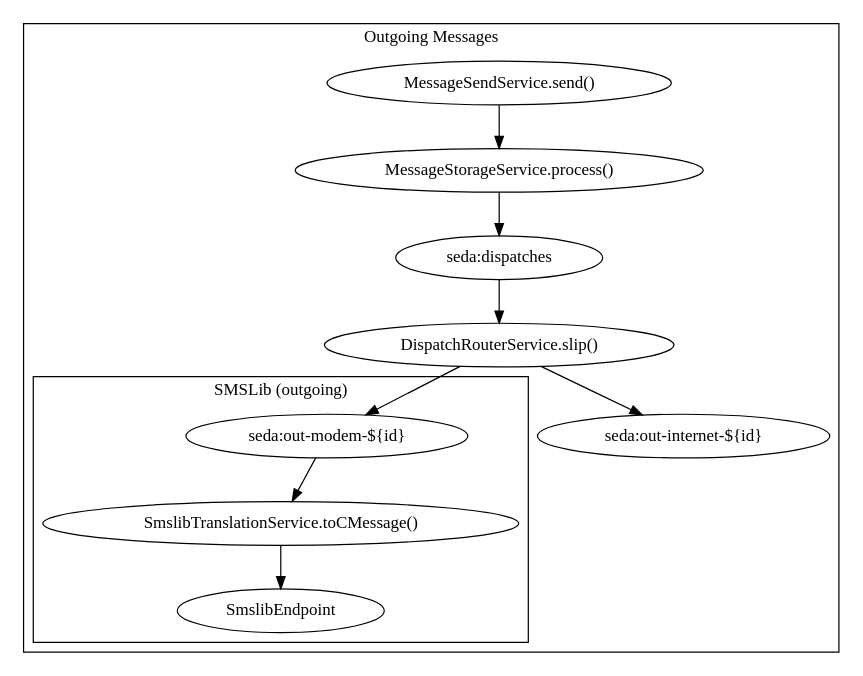
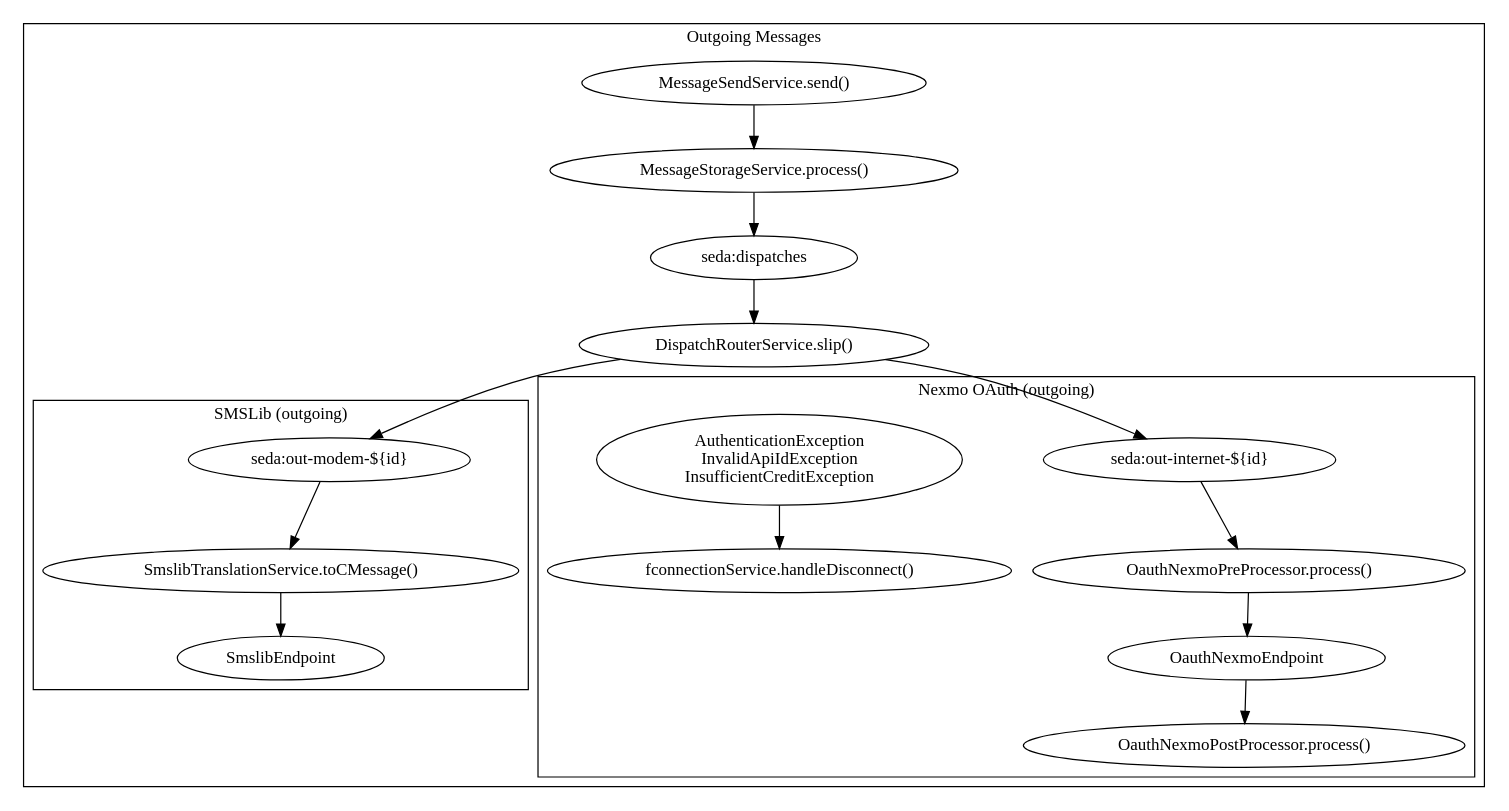
One commit to frontlinesms/frontlinesms2 changed the diagram in plugins/frontlinesms-core/asdf/routes.dot. Above: the diagram before and after it, drawn with Graphviz.

Commit message:
Added nexmo oauth handlers.

```diff
--- a/plugins/frontlinesms-core/asdf/routes.dot
+++ b/plugins/frontlinesms-core/asdf/routes.dot
@@ -1,24 +1,36 @@
 digraph {
+	handle_disconnect[label="fconnectionService.handleDisconnect()"]
 	subgraph cluster_outgoing {
 		label="Outgoing Messages"
 		a[label="MessageSendService.send()"]
 		b[label="MessageStorageService.process()"]
 		c[label="seda:dispatches"]
 		router[label="DispatchRouterService.slip()"]
 		modem_out[label="seda:out-modem-${id}"]
-		e[label="seda:out-internet-${id}"]
+		internet_out[label="seda:out-internet-${id}"]
 		subgraph cluster_smslib {
 			label="SMSLib (outgoing)"
 			modem_out
 			smslib_translate[label="SmslibTranslationService.toCMessage()"]
 			smslib_endpoint[label="SmslibEndpoint"]
 			modem_out -> smslib_translate
 			smslib_translate -> smslib_endpoint
 		}
+		subgraph cluster_nexmo_oauth {
+			label="Nexmo OAuth (outgoing)"
+			nexmo_oauth_pre[label="OauthNexmoPreProcessor.process()"]
+			nexmo_oauth_post[label="OauthNexmoPostProcessor.process()"]
+			nexmo_oauth_endpoint[label="OauthNexmoEndpoint"]
+			error_handler[label="AuthenticationException\nInvalidApiIdException\nInsufficientCreditException"]
+			internet_out -> nexmo_oauth_pre
+			nexmo_oauth_pre -> nexmo_oauth_endpoint
+			nexmo_oauth_endpoint -> nexmo_oauth_post
+			error_handler -> handle_disconnect
+		}
 		a -> b
 		b -> c
 		c -> router
 		router -> modem_out
-		router -> e
+		router -> internet_out
 	}
 }
```
